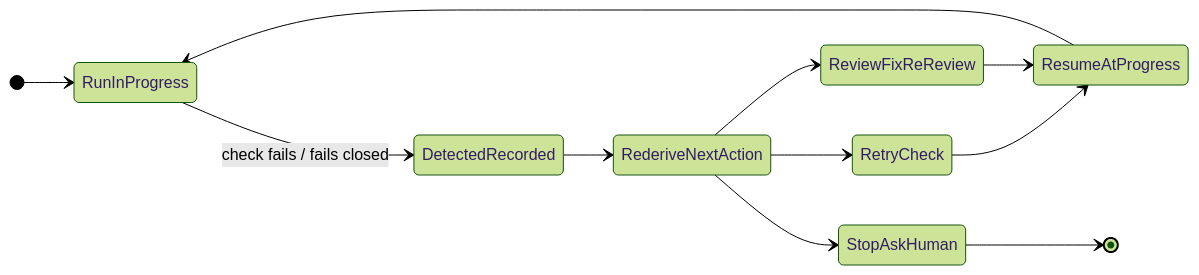
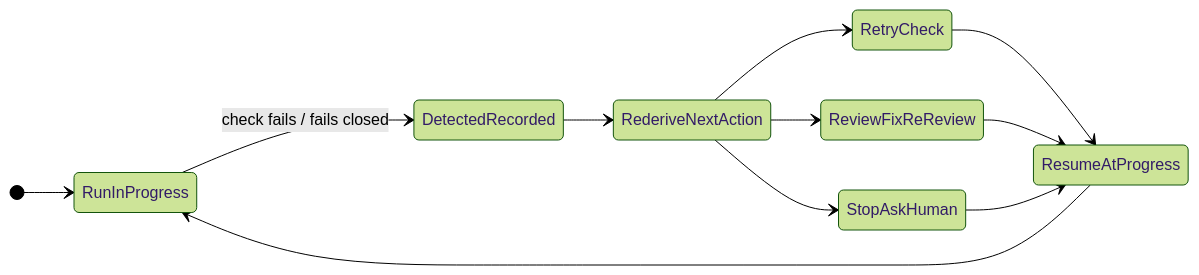
One commit to mfittko/dev-loops changed the fifth of 10 diagrams in docs/articles/dev-loops-deep-dive.md. Above: the diagram before and after it, drawn with Mermaid (forest theme).

Commit message:
docs: self-healing diagram — ask-a-human resumes at preserved progress, not terminal (#1398)
Copilot: the mermaid made the ask-a-human branch terminal while the figure + prose resume at preserved progress. Align the mermaid.

````diff
--- a/docs/articles/dev-loops-deep-dive.md
+++ b/docs/articles/dev-loops-deep-dive.md
@@ -224,14 +224,14 @@
 ```mermaid
 stateDiagram-v2
   direction LR
   [*] --> RunInProgress
   RunInProgress --> DetectedRecorded: check fails / fails closed
   DetectedRecorded --> RederiveNextAction
   RederiveNextAction --> RetryCheck
   RederiveNextAction --> ReviewFixReReview
   RederiveNextAction --> StopAskHuman
   RetryCheck --> ResumeAtProgress
   ReviewFixReReview --> ResumeAtProgress
-  StopAskHuman --> [*]
+  StopAskHuman --> ResumeAtProgress
   ResumeAtProgress --> RunInProgress
 ```
````
